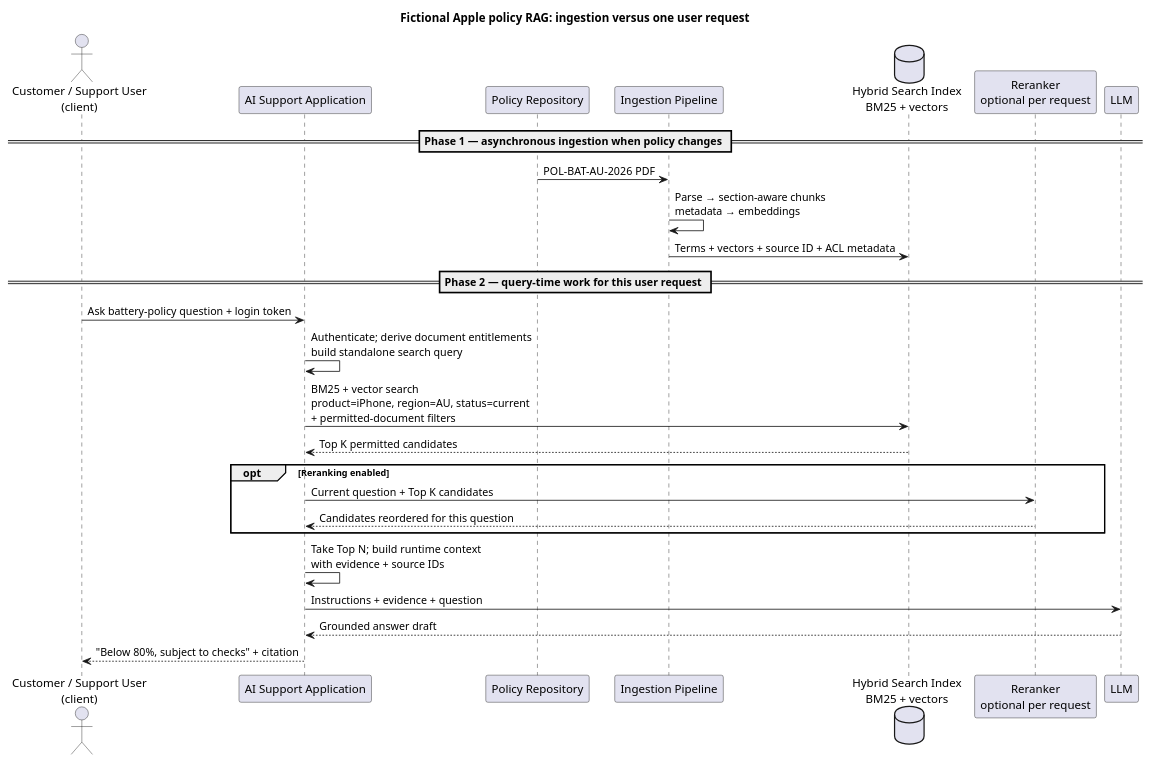
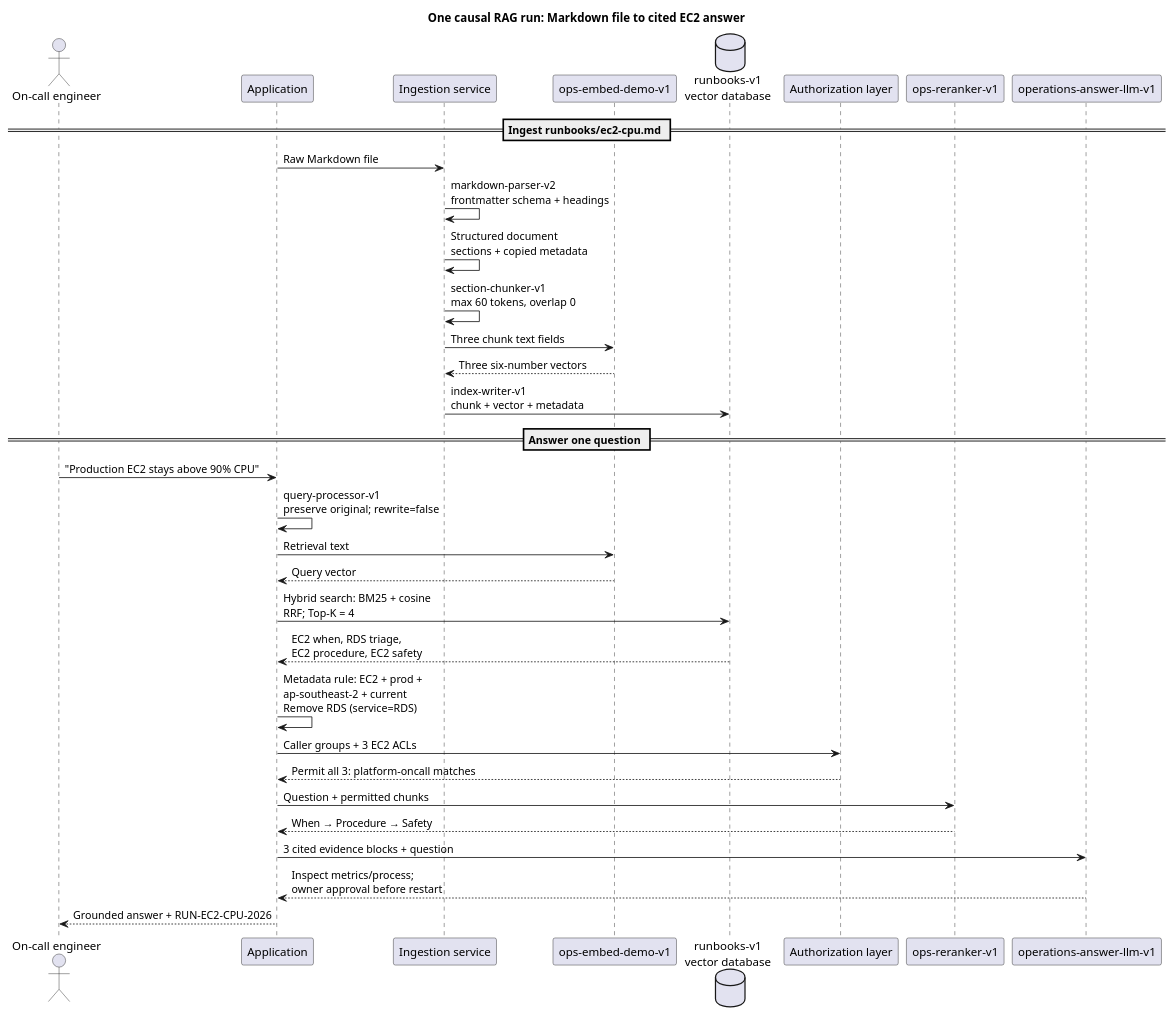
The diagram in study/aiKnowledgebases.md (gLuColte/glucolte.github.io), drawn with PlantUML before and after one commit. The commit also changed other lines of this file and 32 other files, not shown here.

```diff
--- a/study/aiKnowledgebases.md
+++ b/study/aiKnowledgebases.md
@@ -66,31 +40,36 @@
 @startuml
-title Fictional Apple policy RAG: ingestion versus one user request
-actor "Customer / Support User\n(client)" as User
-participant "AI Support Application" as App
-participant "Policy Repository" as Docs
-participant "Ingestion Pipeline" as Ingest
-database "Hybrid Search Index\nBM25 + vectors" as Index
-participant "Reranker\noptional per request" as Reranker
-participant LLM
+title One causal RAG run: Markdown file to cited EC2 answer
+actor "On-call engineer" as User
+participant "Application" as App
+participant "Ingestion service" as Ingest
+participant "ops-embed-demo-v1" as Embed
+database "runbooks-v1\nvector database" as Index
+participant "Authorization layer" as Auth
+participant "ops-reranker-v1" as Reranker
+participant "operations-answer-llm-v1" as LLM
 
-== Phase 1 — asynchronous ingestion when policy changes ==
-Docs -> Ingest: POL-BAT-AU-2026 PDF
-Ingest -> Ingest: Parse → section-aware chunks\nmetadata → embeddings
-Ingest -> Index: Terms + vectors + source ID + ACL metadata
+== Ingest runbooks/ec2-cpu.md ==
+App -> Ingest: Raw Markdown file
+Ingest -> Ingest: markdown-parser-v2\nfrontmatter schema + headings
+Ingest -> Ingest: Structured document\nsections + copied metadata
+Ingest -> Ingest: section-chunker-v1\nmax 60 tokens, overlap 0
+Ingest -> Embed: Three chunk text fields
+Embed --> Ingest: Three six-number vectors
+Ingest -> Index: index-writer-v1\nchunk + vector + metadata
 
-== Phase 2 — query-time work for this user request ==
-User -> App: Ask battery-policy question + login token
-App -> App: Authenticate; derive document entitlements\nbuild standalone search query
-App -> Index: BM25 + vector search\nproduct=iPhone, region=AU, status=current\n+ permitted-document filters
-Index --> App: Top K permitted candidates
-
-opt Reranking enabled
-  App -> Reranker: Current question + Top K candidates
-  Reranker --> App: Candidates reordered for this question
-end
-
-App -> App: Take Top N; build runtime context\nwith evidence + source IDs
-App -> LLM: Instructions + evidence + question
-LLM --> App: Grounded answer draft
-App --> User: "Below 80%, subject to checks" + citation
+== Answer one question ==
+User -> App: "Production EC2 stays above 90% CPU"
+App -> App: query-processor-v1\npreserve original; rewrite=false
+App -> Embed: Retrieval text
+Embed --> App: Query vector
+App -> Index: Hybrid search: BM25 + cosine\nRRF; Top-K = 4
+Index --> App: EC2 when, RDS triage,\nEC2 procedure, EC2 safety
+App -> App: Metadata rule: EC2 + prod +\nap-southeast-2 + current\nRemove RDS (service=RDS)
+App -> Auth: Caller groups + 3 EC2 ACLs
+Auth --> App: Permit all 3: platform-oncall matches
+App -> Reranker: Question + permitted chunks
+Reranker --> App: When → Procedure → Safety
+App -> LLM: 3 cited evidence blocks + question
+LLM --> App: Inspect metrics/process;\nowner approval before restart
+App --> User: Grounded answer + RUN-EC2-CPU-2026
 @enduml
```
